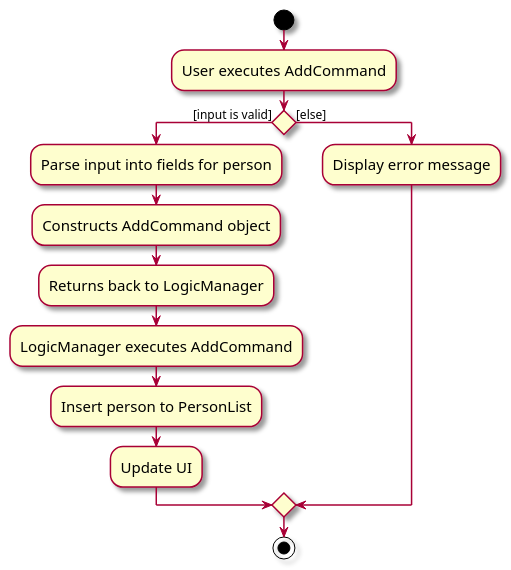
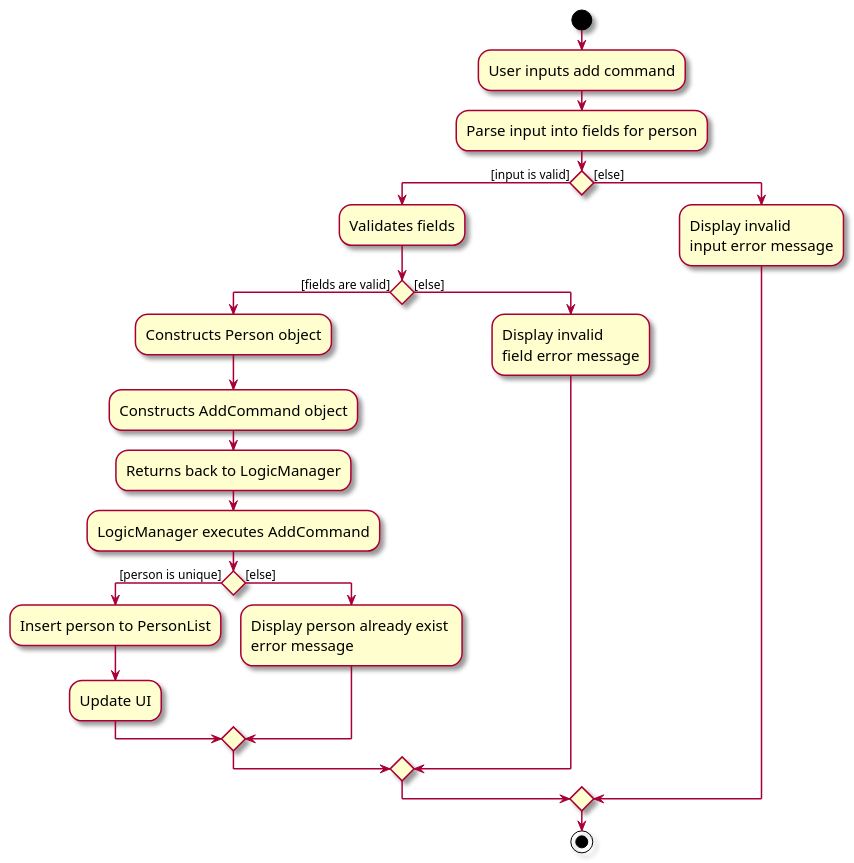
One commit to tanteckfang/tp changed the diagram in docs/diagrams/AddActivityDiagram.puml. Above: the diagram before and after it, drawn with PlantUML. The commit also changed 17 other files, not shown here.

```diff
--- a/docs/diagrams/AddActivityDiagram.puml
+++ b/docs/diagrams/AddActivityDiagram.puml
@@ -1,23 +1,37 @@
 @startuml
 skin rose
 skinparam ActivityFontSize 15
 skinparam ArrowFontSize 12
 start
-:User executes AddCommand;
+:User inputs add command;
+:Parse input into fields for person;
 
 'Since the beta syntax does not support placing the condition outside the
 'diamond we place it as the true branch instead.
 
 if () then ([input is valid])
-    :Parse input into fields for person;
+    :Validates fields;
+
+    if () then ([fields are valid])
+    :Constructs Person object;
     :Constructs AddCommand object;
     :Returns back to LogicManager;
     :LogicManager executes AddCommand;
+    if () then ([person is unique])
     :Insert person to PersonList;
     :Update UI;
+    else ([else])
+    :Display person already exist \nerror message;
+    endif
+    else ([else])
+    :Display invalid \nfield error message;
+    endif
 else ([else])
-:Display error message;
+:Display invalid \ninput error message;
+
+
+
 
 endif
 stop
 @enduml
```
